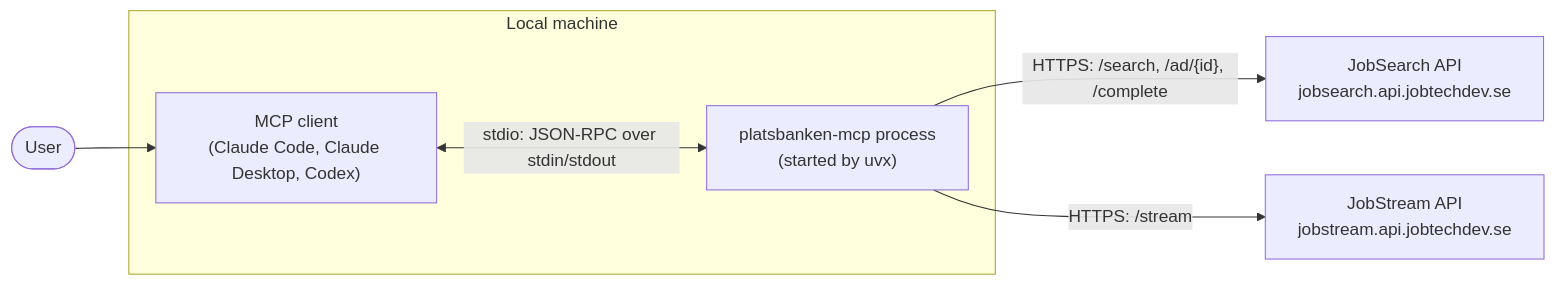
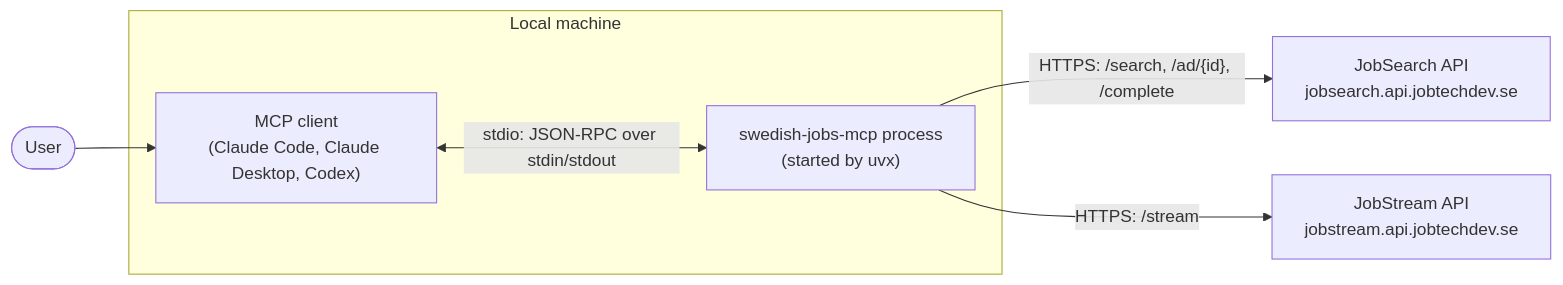
The diagram in README.md (kizouker/swedish-jobs-mcp), drawn with Mermaid before and after one commit. The commit also changed other lines of this file and 10 other files, not shown here.

Commit message:
Changed name from plats* to swedish_jobs_mcp due to copyrights

````diff
--- a/README.md
+++ b/README.md
@@ -24,11 +24,11 @@
 ```mermaid
 flowchart LR
     User([User]) --> Client["MCP client<br/>(Claude Code, Claude Desktop, Codex)"]
 
     subgraph Local machine
-        Client <-->|"stdio: JSON-RPC over stdin/stdout"| Server["platsbanken-mcp process<br/>(started by uvx)"]
+        Client <-->|"stdio: JSON-RPC over stdin/stdout"| Server["swedish-jobs-mcp process<br/>(started by uvx)"]
     end
 
     Server -->|"HTTPS: /search, /ad/{id}, /complete"| JobSearch["JobSearch API<br/>jobsearch.api.jobtechdev.se"]
     Server -->|"HTTPS: /stream"| JobStream["JobStream API<br/>jobstream.api.jobtechdev.se"]
 ```
````
